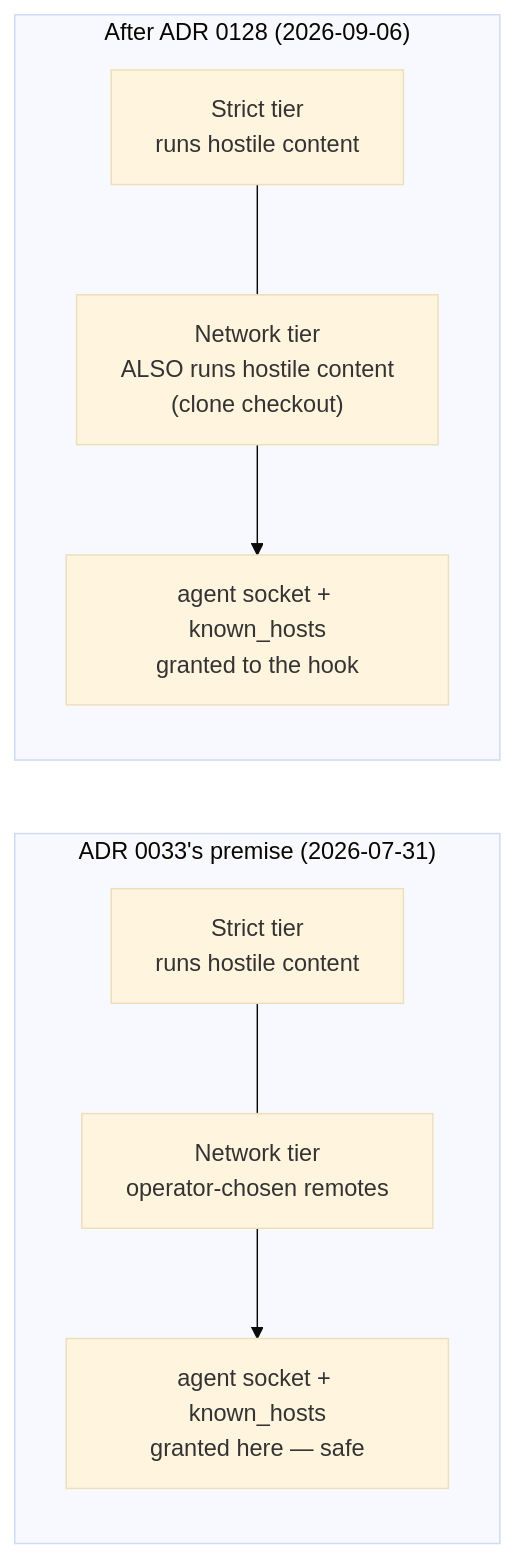
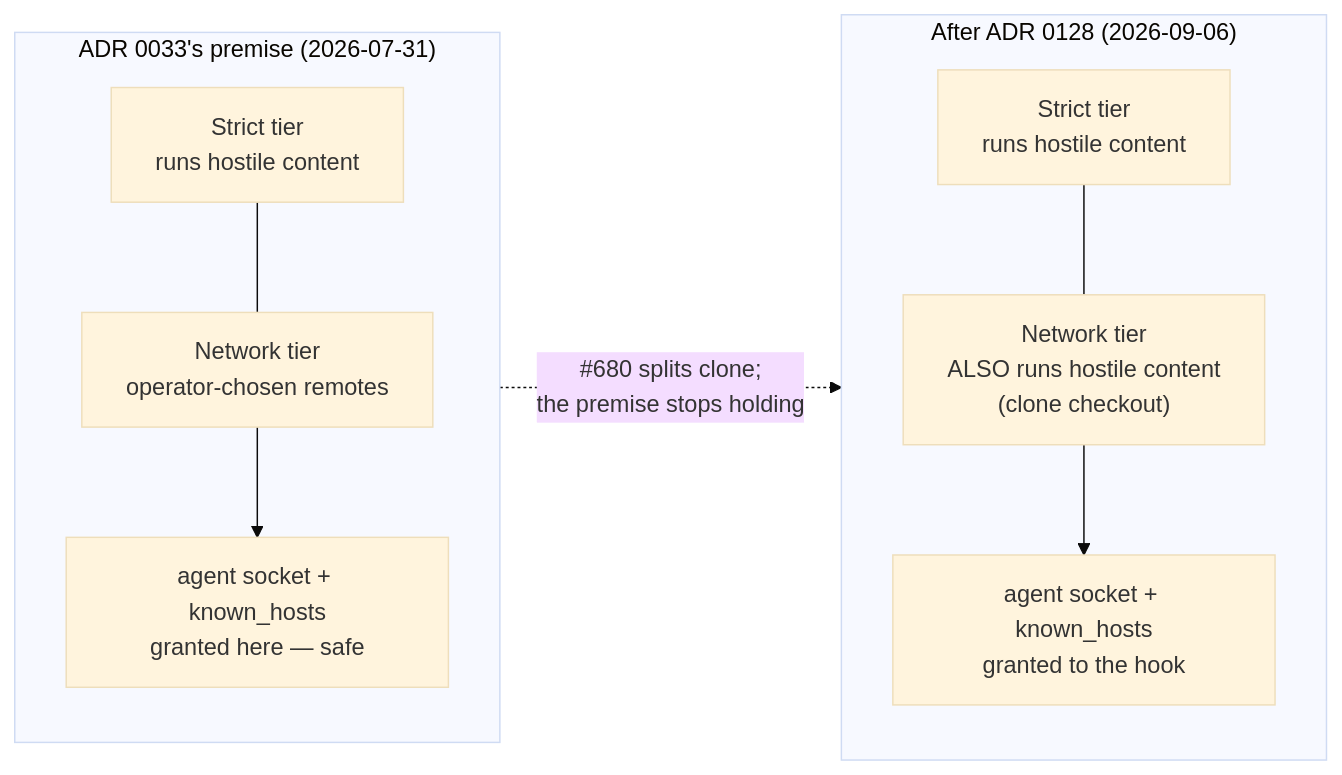
The second of 3 diagrams in docs/adr/0137-an-untrusted-checkout-inherits-an-allowlist.md (tom2025b/git-vista), drawn with Mermaid (base theme) before and after one commit. The commit also changed other lines of this file and 1 other file, not shown here.

Commit message:
docs(adr): render 0137, and force the before/after diagrams to read in order
Mermaid laid both before/after subgraph pairs out right-to-left, so
'After' sat left of 'Before' — actively misleading in a diagram whose
whole job is a direction. An explicit ordering edge between the
subgraphs fixes it, the same device ADR 0033 uses.

Verified rather than assumed: 20 pages, all three diagrams carrying
extractable text (pages 2, 5, 7), no syntax-error or unsupported-markdown
markers, and the allowlist diagram rasterised and read by eye. The label
grep alone was not enough — pdftotext wraps node labels across lines, so
a literal multi-word label reads as a miss.

Refs #702, #704

Claude-Session: https://claude.ai/code/session_01THVKC4BJa6nr3feDLevjc3

````diff
--- a/docs/adr/0137-an-untrusted-checkout-inherits-an-allowlist.md
+++ b/docs/adr/0137-an-untrusted-checkout-inherits-an-allowlist.md
@@ -69,11 +69,12 @@
 ```mermaid
 flowchart LR
   subgraph before["ADR 0033's premise (2026-07-31)"]
     B1["Strict tier<br/>runs hostile content"] --- B2["Network tier<br/>operator-chosen remotes"]
     B2 --> B3["agent socket + known_hosts<br/>granted here — safe"]
   end
   subgraph after["After ADR 0128 (2026-09-06)"]
     A1["Strict tier<br/>runs hostile content"] --- A2["Network tier<br/>ALSO runs hostile content<br/>(clone checkout)"]
     A2 --> A3["agent socket + known_hosts<br/>granted to the hook"]
   end
+  before -.->|"#680 splits clone;<br/>the premise stops holding"| after
 ```
````
